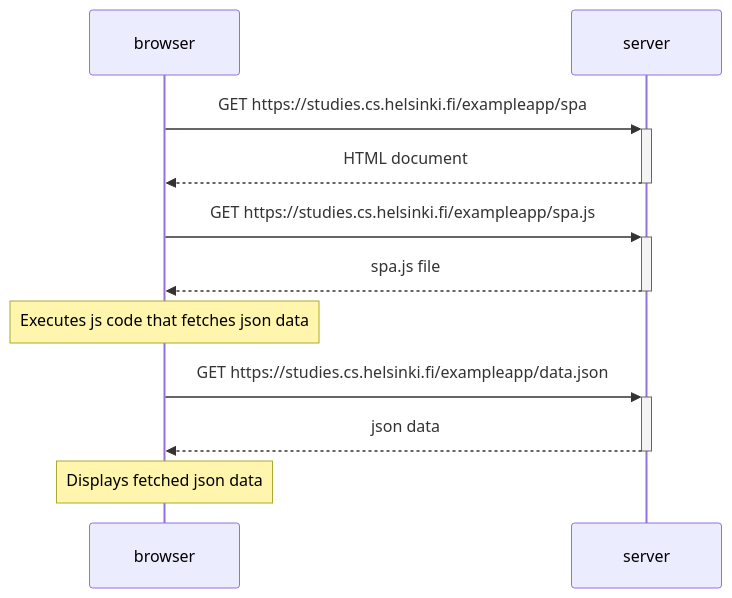
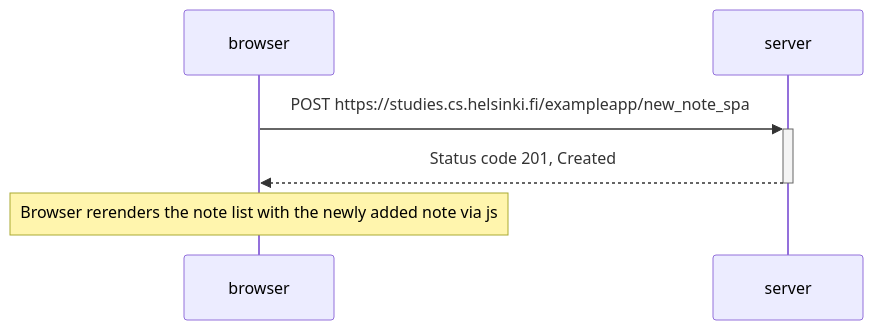
One commit to 1app0/Fullstack2023 changed the diagram in part0/newNoteSpa.md. Above: the diagram before and after it, drawn with Mermaid. The commit also changed 1 other file, not shown here.

Commit message:
Third diagram added

````diff
--- a/part0/newNoteSpa.md
+++ b/part0/newNoteSpa.md
@@ -1,18 +1,10 @@
 ```mermaid
 sequenceDiagram
 participant browser
 participant server
 
-browser->>+server: GET https://studies.cs.helsinki.fi/exampleapp/spa
-server-->>-browser: HTML document
+browser->>+server: POST https://studies.cs.helsinki.fi/exampleapp/new_note_spa
+server-->>-browser: Status code 201, Created
 
-browser->>+server: GET https://studies.cs.helsinki.fi/exampleapp/spa.js
-server-->>-browser: spa.js file
-
-Note over browser: Executes js code that fetches json data
-
-browser->>+server: GET https://studies.cs.helsinki.fi/exampleapp/data.json
-server-->>-browser: json data
-
-Note over browser: Displays fetched json data
+Note over browser: Browser rerenders the note list with the newly added note via js
 ```
````
